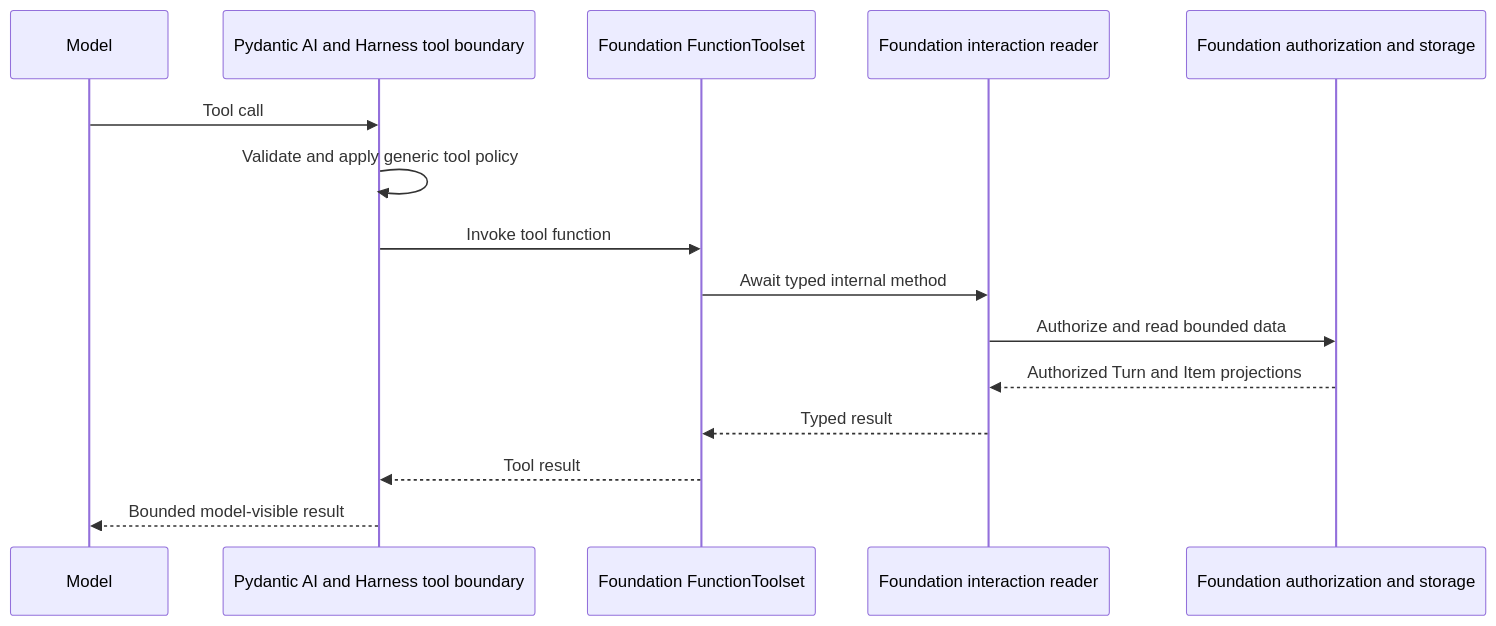
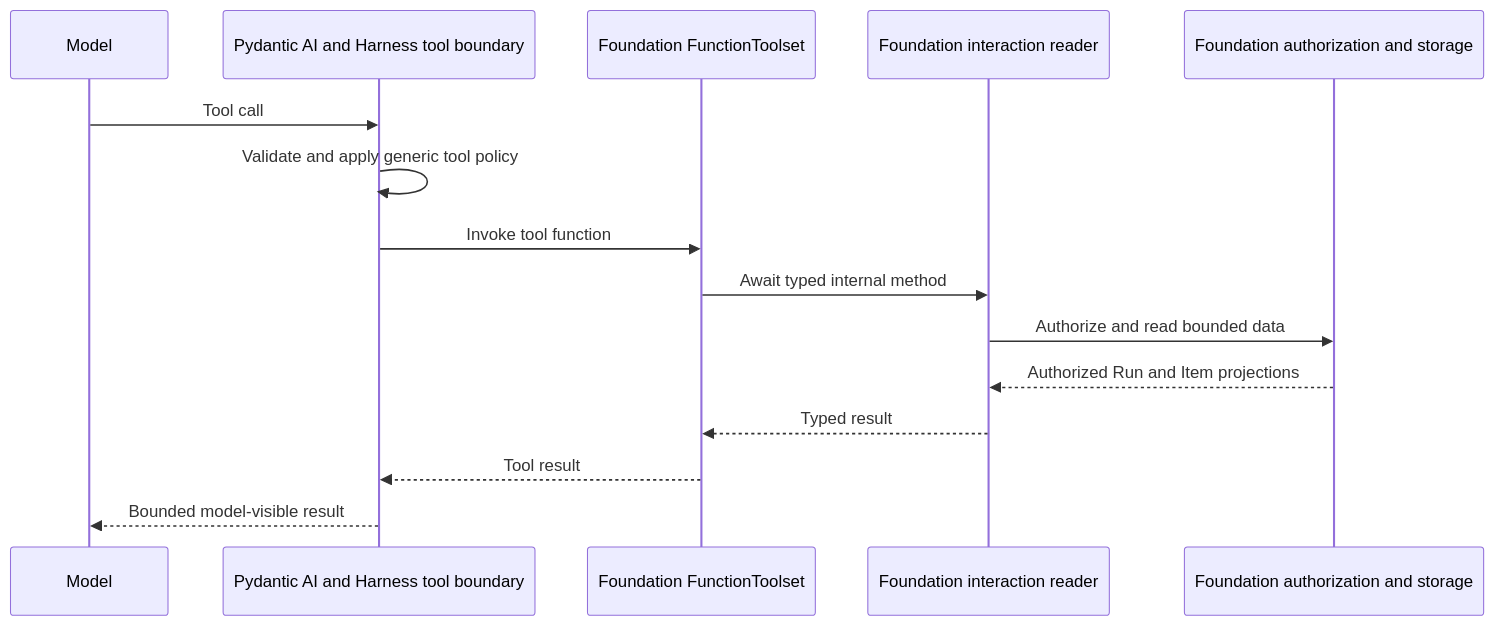
One commit to LTThreeComma/agent-foundation changed the diagram in spec/foundation-service/22-agent-interaction-retrieval.md. Above: the diagram before and after it, drawn with Mermaid. The commit also changed other lines of this file and 50 other files, not shown here.

````diff
--- a/spec/foundation-service/22-agent-interaction-retrieval.md
+++ b/spec/foundation-service/22-agent-interaction-retrieval.md
@@ -102,18 +102,18 @@
 ```mermaid
 sequenceDiagram
     participant Model
     participant Harness as Pydantic AI and Harness tool boundary
     participant Toolset as Foundation FunctionToolset
     participant Reader as Foundation interaction reader
     participant Data as Foundation authorization and storage
 
     Model->>Harness: Tool call
     Harness->>Harness: Validate and apply generic tool policy
     Harness->>Toolset: Invoke tool function
     Toolset->>Reader: Await typed internal method
     Reader->>Data: Authorize and read bounded data
-    Data-->>Reader: Authorized Turn and Item projections
+    Data-->>Reader: Authorized Run and Item projections
     Reader-->>Toolset: Typed result
     Toolset-->>Harness: Tool result
     Harness-->>Model: Bounded model-visible result
 ```
````
